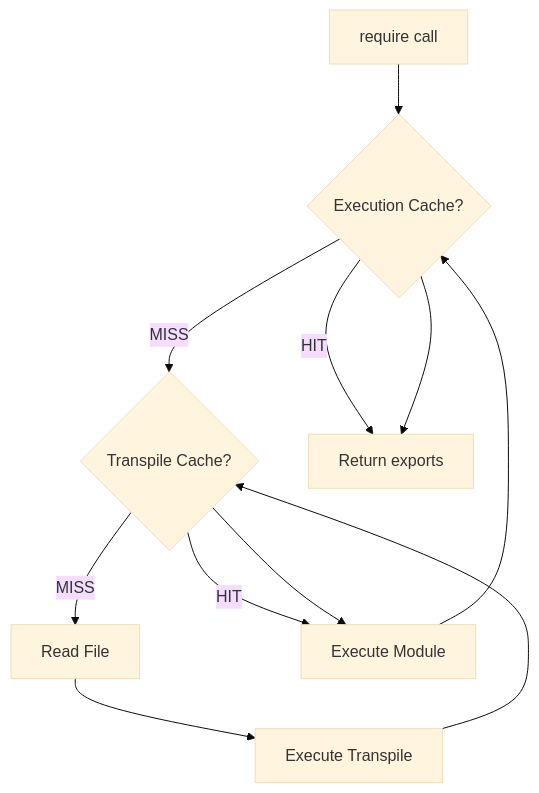
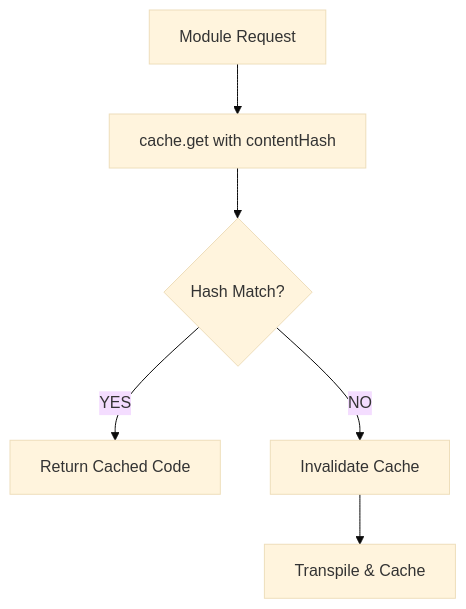
One commit to Stasshe/Pyxis-CodeCanvas changed the fourth of 16 diagrams in docs/NODE-RUNTIME.md. Above: the diagram before and after it, drawn with Mermaid (base theme). The commit also changed other lines of this file, not shown here.

````diff
--- a/docs/NODE-RUNTIME.md
+++ b/docs/NODE-RUNTIME.md
@@ -179,20 +278,16 @@
 ```mermaid
 graph TB
-    Request[require call]
-    ExecCache{Execution Cache?}
-    TranspileCache{Transpile Cache?}
-    FileRead[Read File]
-    Transpile[Execute Transpile]
-    Execute[Execute Module]
+    Request[Module Request]
+    GetCache[cache.get with contentHash]
+    CheckHash{Hash Match?}
     
-    Request --> ExecCache
-    ExecCache -->|HIT| ReturnExports[Return exports]
-    ExecCache -->|MISS| TranspileCache
-    TranspileCache -->|HIT| Execute
-    TranspileCache -->|MISS| FileRead
-    FileRead --> Transpile
-    Transpile --> TranspileCache
-    TranspileCache --> Execute
-    Execute --> ExecCache
-    ExecCache --> ReturnExports
+    Valid[Return Cached Code]
+    Invalid[Invalidate Cache]
+    Transpile[Transpile & Cache]
+    
+    Request --> GetCache
+    GetCache --> CheckHash
+    CheckHash -->|YES| Valid
+    CheckHash -->|NO| Invalid
+    Invalid --> Transpile
 ```
````
